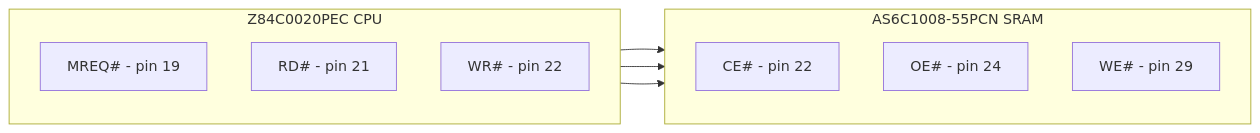
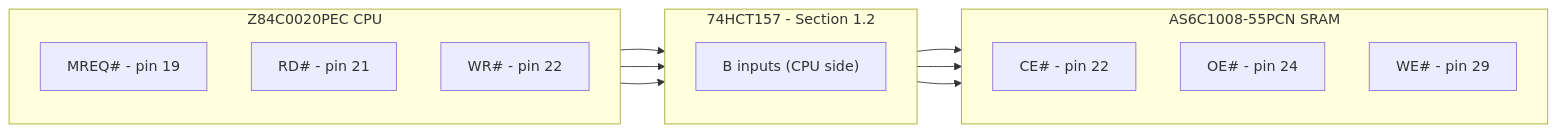
One commit to gloveboxes/Z80ROMlessSBC changed the fourth of 9 diagrams in Z80_ROMless_SBC_Spec_v21.md. Above: the diagram before and after it, drawn with Mermaid. The commit also changed other lines of this file and 20 other files, not shown here.

````diff
--- a/Z80_ROMless_SBC_Spec_v21.md
+++ b/Z80_ROMless_SBC_Spec_v21.md
@@ -254,18 +438,25 @@
 ```mermaid
 flowchart LR
   subgraph CPU[Z84C0020PEC CPU]
     direction TB
     MREQ["MREQ# - pin 19"]
     RD["RD# - pin 21"]
     WR["WR# - pin 22"]
   end
+  subgraph MUX["74HCT157 - Section 1.2"]
+    direction TB
+    MB["B inputs (CPU side)"]
+  end
   subgraph SRAM[AS6C1008-55PCN SRAM]
     direction TB
     CE["CE# - pin 22"]
     OE["OE# - pin 24"]
     WE["WE# - pin 29"]
   end
-  MREQ --> CE
-  RD --> OE
-  WR --> WE
+  MREQ --> MB
+  RD --> MB
+  WR --> MB
+  MUX --> CE
+  MUX --> OE
+  MUX --> WE
 ```
````
